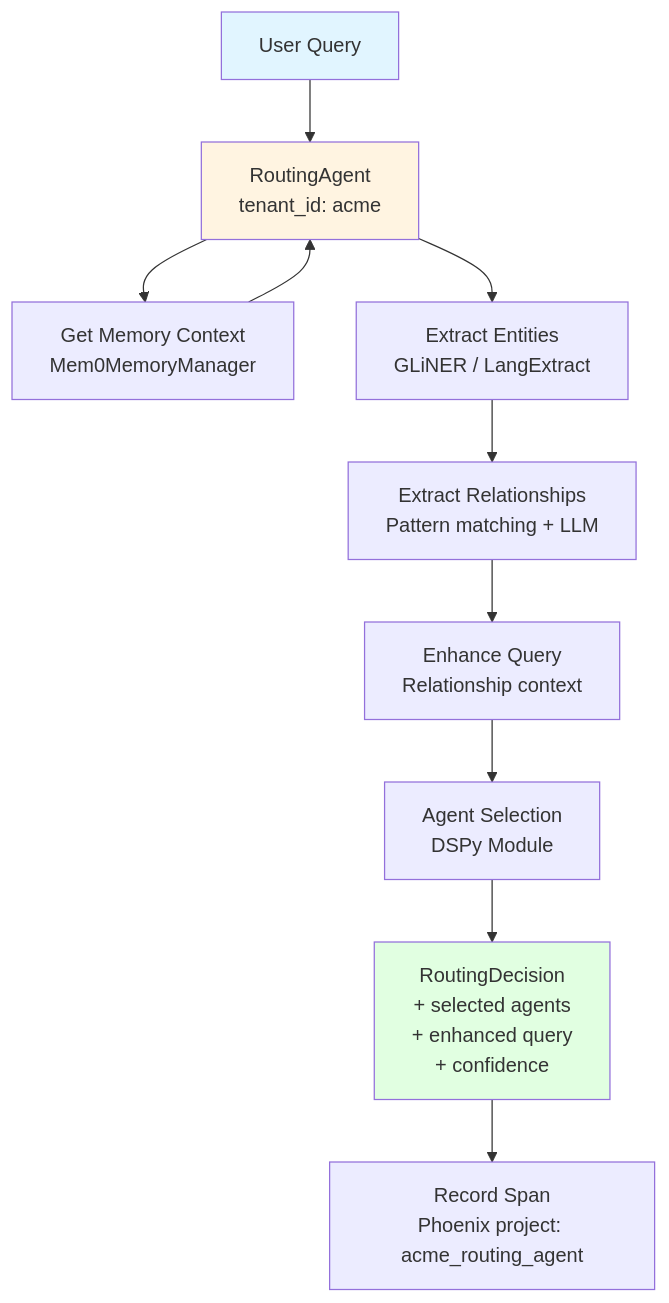
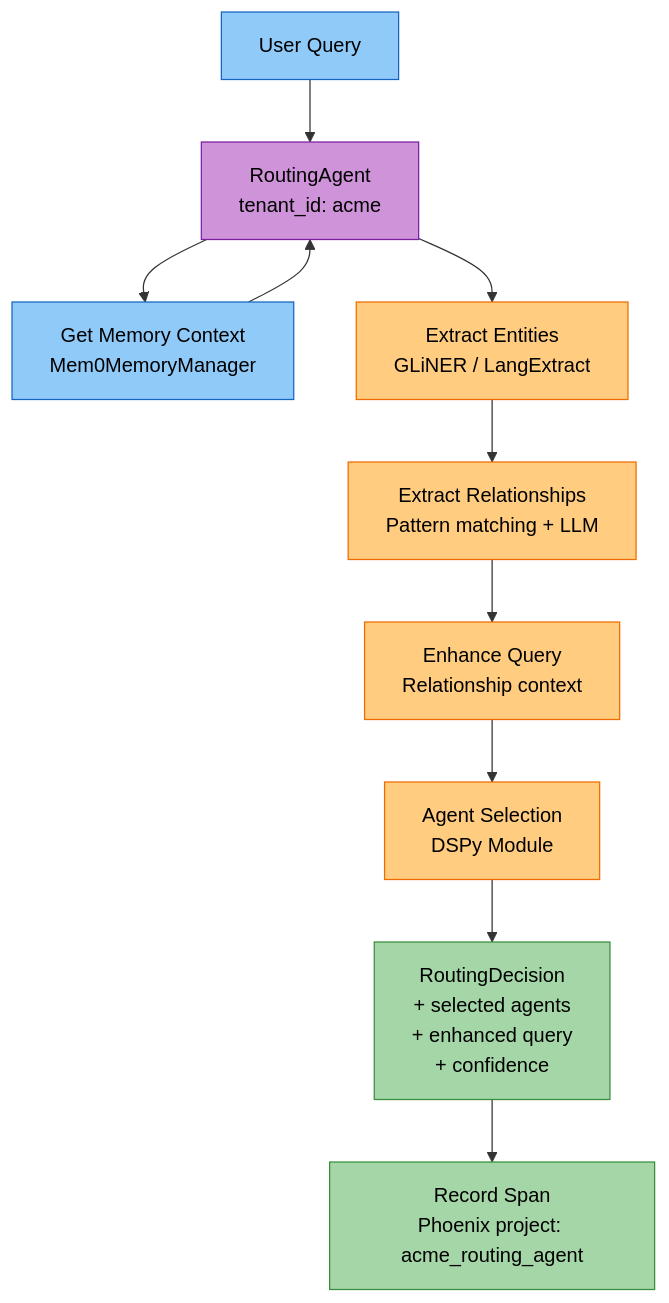
One commit to amit-jain/cogniverse changed the second of 20 diagrams in docs/modules/agents.md. Above: the diagram before and after it, drawn with Mermaid. The commit also changed other lines of this file and 83 other files, not shown here.

First line of the commit message:
Fix documentation veracity, formatting, and diagrams across all modules

````diff
--- a/docs/modules/agents.md
+++ b/docs/modules/agents.md
@@ -145,19 +192,25 @@
 ```mermaid
-graph TB
-    Query[User Query] --> RoutingAgent[RoutingAgent<br/>tenant_id: acme]
+flowchart TB
+    Query["<span style='color:#000'>User Query</span>"] --> RoutingAgent["<span style='color:#000'>RoutingAgent<br/>tenant_id: acme</span>"]
 
-    RoutingAgent --> Memory[Get Memory Context<br/>Mem0MemoryManager]
+    RoutingAgent --> Memory["<span style='color:#000'>Get Memory Context<br/>Mem0MemoryManager</span>"]
     Memory --> RoutingAgent
 
-    RoutingAgent --> EntityExtract[Extract Entities<br/>GLiNER / LangExtract]
-    EntityExtract --> RelExtract[Extract Relationships<br/>Pattern matching + LLM]
-    RelExtract --> QueryEnhance[Enhance Query<br/>Relationship context]
-    QueryEnhance --> DSPyOptimize[Agent Selection<br/>DSPy Module]
-    DSPyOptimize --> Decision[RoutingDecision<br/>+ selected agents<br/>+ enhanced query<br/>+ confidence]
+    RoutingAgent --> EntityExtract["<span style='color:#000'>Extract Entities<br/>GLiNER / LangExtract</span>"]
+    EntityExtract --> RelExtract["<span style='color:#000'>Extract Relationships<br/>Pattern matching + LLM</span>"]
+    RelExtract --> QueryEnhance["<span style='color:#000'>Enhance Query<br/>Relationship context</span>"]
+    QueryEnhance --> DSPyOptimize["<span style='color:#000'>Agent Selection<br/>DSPy Module</span>"]
+    DSPyOptimize --> Decision["<span style='color:#000'>RoutingDecision<br/>+ selected agents<br/>+ enhanced query<br/>+ confidence</span>"]
 
-    Decision --> Telemetry[Record Span<br/>Phoenix project: acme_routing_agent]
+    Decision --> Telemetry["<span style='color:#000'>Record Span<br/>Phoenix project: acme_routing_agent</span>"]
 
-    style Query fill:#e1f5ff
-    style RoutingAgent fill:#fff4e1
-    style Decision fill:#e1ffe1
+    style Query fill:#90caf9,stroke:#1565c0,color:#000
+    style RoutingAgent fill:#ce93d8,stroke:#7b1fa2,color:#000
+    style Memory fill:#90caf9,stroke:#1565c0,color:#000
+    style EntityExtract fill:#ffcc80,stroke:#ef6c00,color:#000
+    style RelExtract fill:#ffcc80,stroke:#ef6c00,color:#000
+    style QueryEnhance fill:#ffcc80,stroke:#ef6c00,color:#000
+    style DSPyOptimize fill:#ffcc80,stroke:#ef6c00,color:#000
+    style Decision fill:#a5d6a7,stroke:#388e3c,color:#000
+    style Telemetry fill:#a5d6a7,stroke:#388e3c,color:#000
 ```
````
